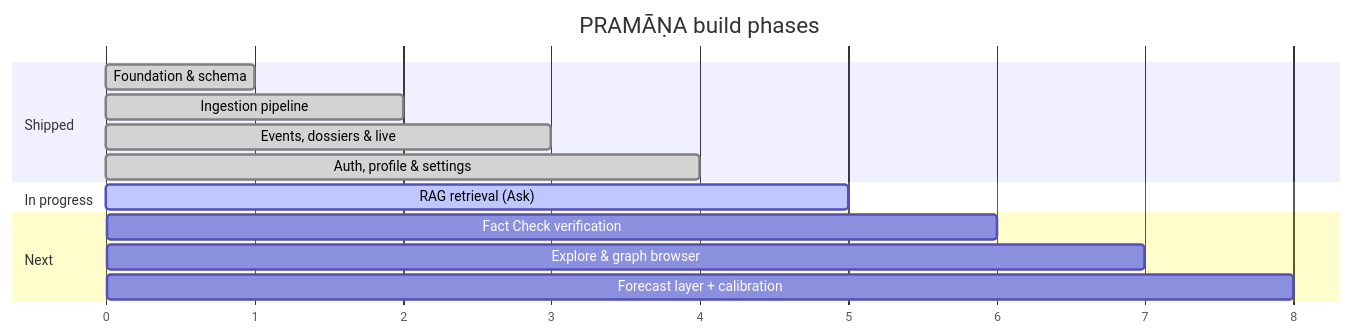
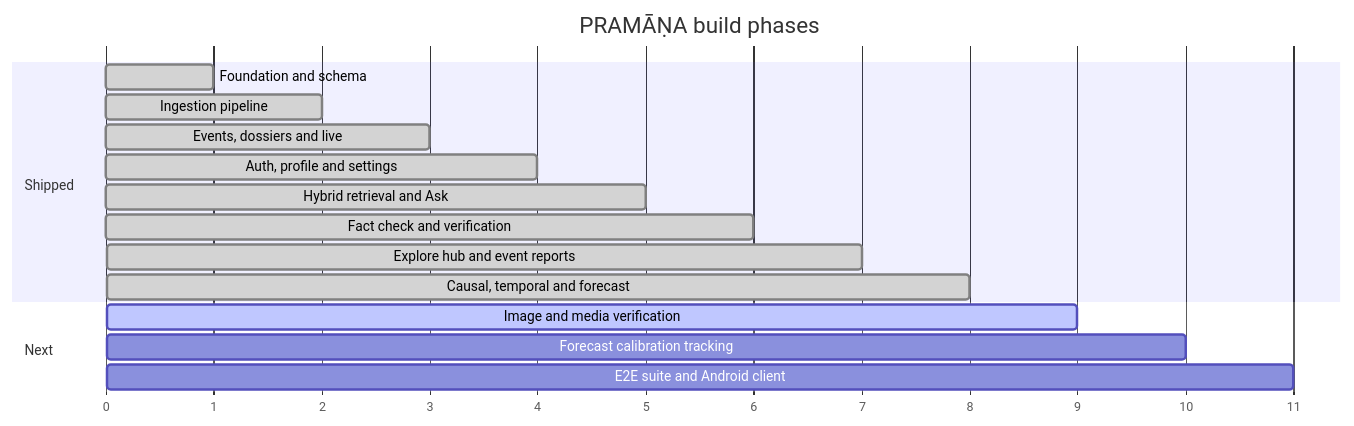
Before and after one commit to xeevees-lab/pramana: the fifth of 5 diagrams in README.md, drawn with Mermaid. The commit also changed other lines of this file, not shown here.

````diff
--- a/README.md
+++ b/README.md
@@ -388,17 +523,19 @@
 ```mermaid
 gantt
     title PRAMĀṆA build phases
     dateFormat X
     axisFormat %s
     section Shipped
-    Foundation & schema        :done, p1, 0, 1
-    Ingestion pipeline         :done, p2, 1, 2
-    Events, dossiers & live    :done, p3, 2, 3
-    Auth, profile & settings   :done, p4, 3, 4
-    section In progress
-    RAG retrieval (Ask)        :active, p5, 4, 5
+    Foundation and schema           :done, p1, 0, 1
+    Ingestion pipeline              :done, p2, 1, 2
+    Events, dossiers and live       :done, p3, 2, 3
+    Auth, profile and settings      :done, p4, 3, 4
+    Hybrid retrieval and Ask        :done, p5, 4, 5
+    Fact check and verification     :done, p6, 5, 6
+    Explore hub and event reports   :done, p7, 6, 7
+    Causal, temporal and forecast   :done, p8, 7, 8
     section Next
-    Fact Check verification    :p6, 5, 6
-    Explore & graph browser    :p7, 6, 7
-    Forecast layer + calibration :p8, 7, 8
+    Image and media verification    :active, p9, 8, 9
+    Forecast calibration tracking   :p10, 9, 10
+    E2E suite and Android client    :p11, 10, 11
 ```
````
